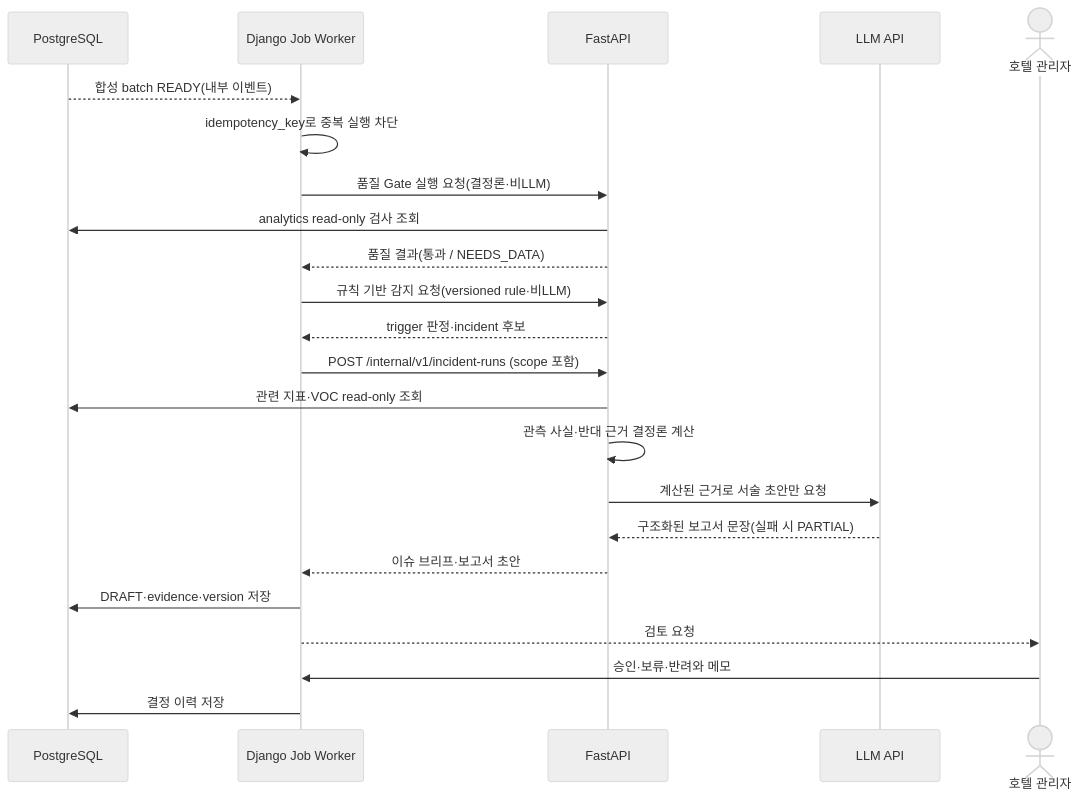
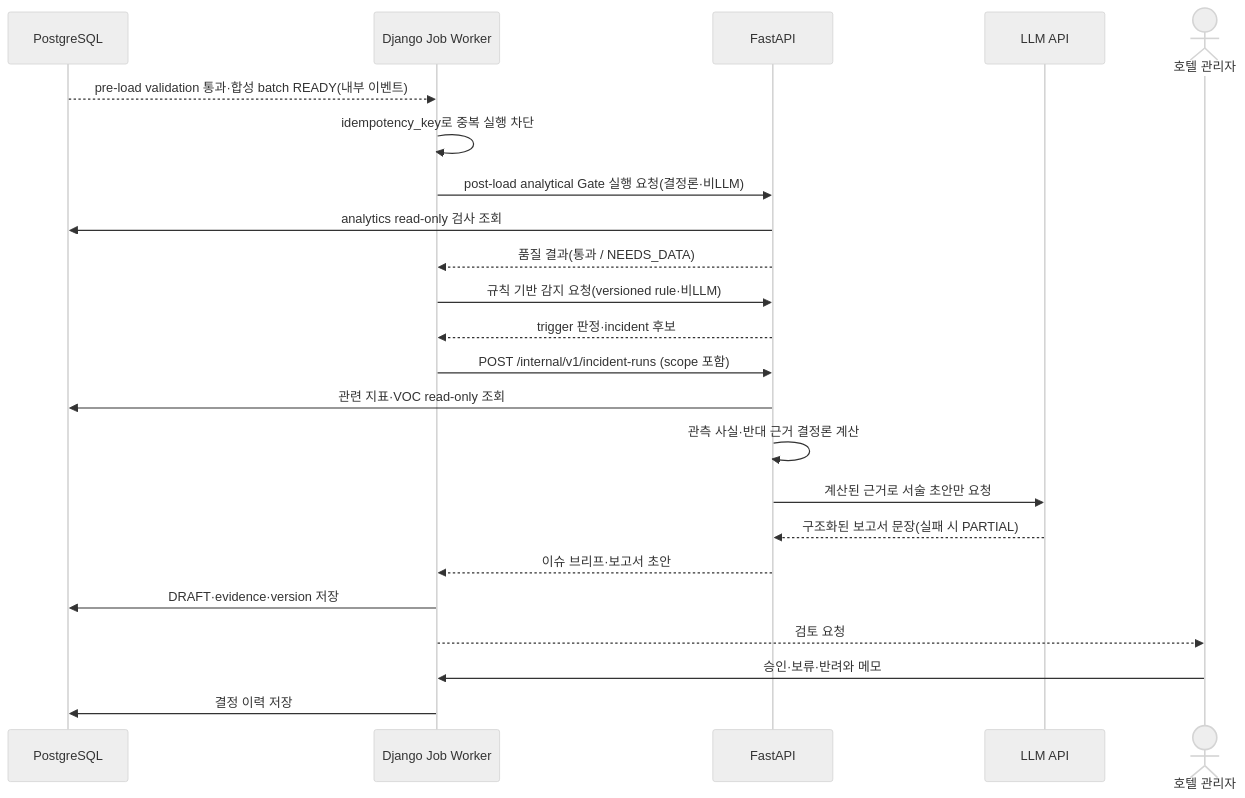
The fifth of 8 diagrams in docs/markdown/SensePlace_기획서_초안.md (hijun318-eng/skn29_final_3team), drawn with Mermaid (neutral theme) before and after one commit. The commit also changed other lines of this file and 5 other files, not shown here.

````diff
--- a/docs/markdown/SensePlace_기획서_초안.md
+++ b/docs/markdown/SensePlace_기획서_초안.md
@@ -322,26 +323,26 @@
 ```mermaid
 sequenceDiagram
     participant DB as PostgreSQL
     participant W as Django Job Worker
     participant AI as FastAPI
     participant LLM as LLM API
     actor Manager as 호텔 관리자
 
-    DB-->>W: 합성 batch READY(내부 이벤트)
+    DB-->>W: pre-load validation 통과·합성 batch READY(내부 이벤트)
     W->>W: idempotency_key로 중복 실행 차단
-    W->>AI: 품질 Gate 실행 요청(결정론·비LLM)
+    W->>AI: post-load analytical Gate 실행 요청(결정론·비LLM)
     AI->>DB: analytics read-only 검사 조회
     AI-->>W: 품질 결과(통과 / NEEDS_DATA)
     W->>AI: 규칙 기반 감지 요청(versioned rule·비LLM)
     AI-->>W: trigger 판정·incident 후보
     W->>AI: POST /internal/v1/incident-runs (scope 포함)
     AI->>DB: 관련 지표·VOC read-only 조회
     AI->>AI: 관측 사실·반대 근거 결정론 계산
     AI->>LLM: 계산된 근거로 서술 초안만 요청
     LLM-->>AI: 구조화된 보고서 문장(실패 시 PARTIAL)
     AI-->>W: 이슈 브리프·보고서 초안
     W->>DB: DRAFT·evidence·version 저장
     W-->>Manager: 검토 요청
     Manager->>W: 승인·보류·반려와 메모
     W->>DB: 결정 이력 저장
 ```
````
